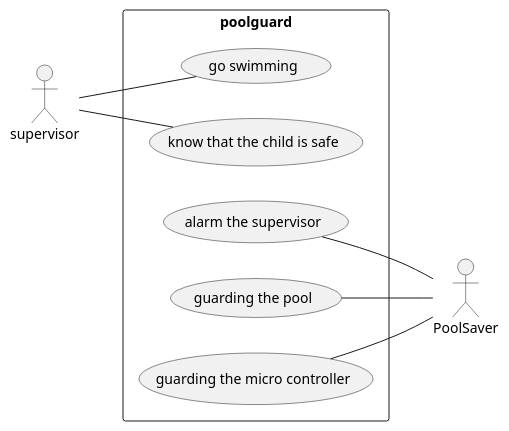
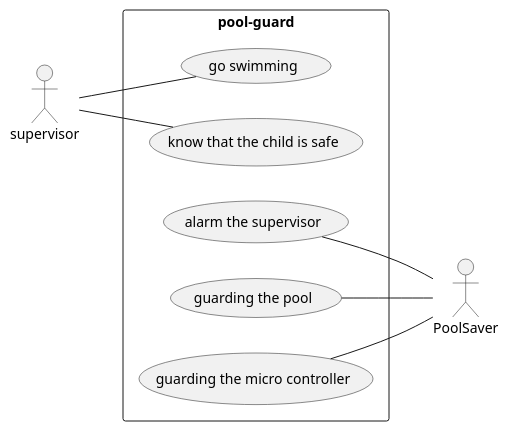
Before and after one commit to KonstantinFrank01/safer-pool: the diagram in Assets/use-case-diagram.iuml, drawn with PlantUML.

Commit message:
Bindestrich hinzugefügt

```diff
--- a/Assets/use-case-diagram.iuml
+++ b/Assets/use-case-diagram.iuml
@@ -1,12 +1,12 @@
 @startuml
 left to right direction
 actor supervisor
 actor PoolSaver
-rectangle poolguard {
+rectangle pool-guard {
     supervisor -- (go swimming)
     supervisor -- (know that the child is safe)
     (alarm the supervisor) -- PoolSaver
     (guarding the pool) -- PoolSaver
     (guarding the micro controller) -- PoolSaver
 }
 @enduml
```
